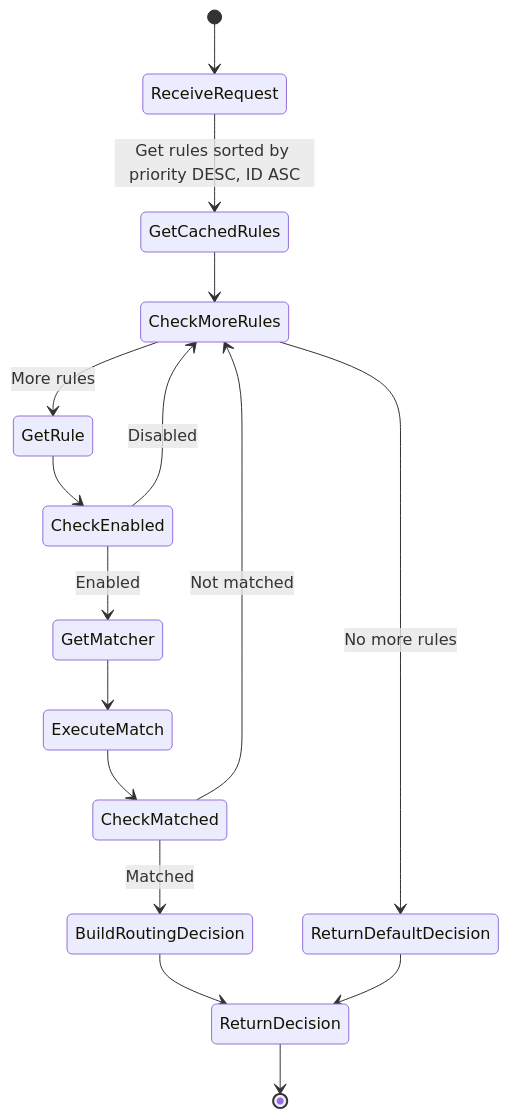
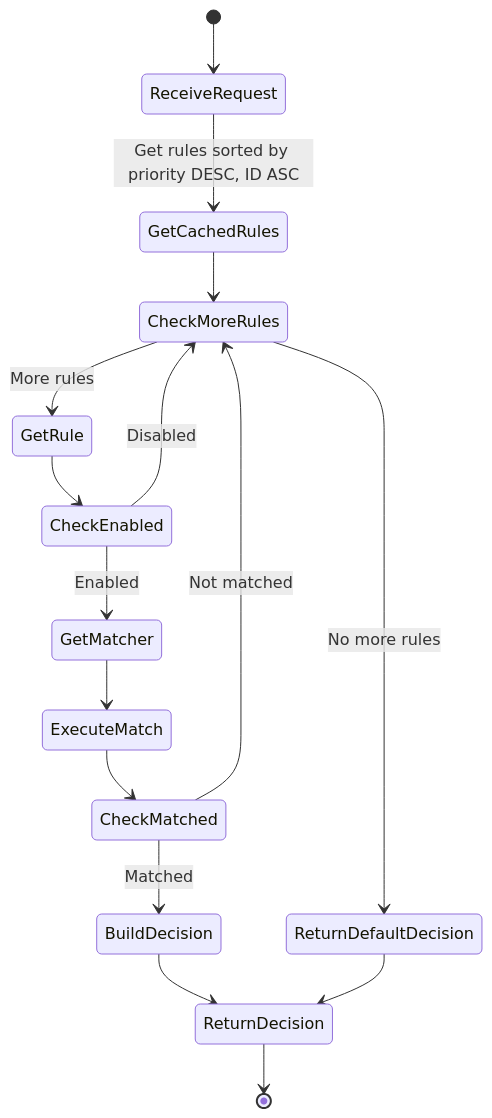
Before and after one commit to twistingmercury/mnemonic-mcp: the eighth of 19 diagrams in docs/design/routing-engine.md, drawn with Mermaid. The commit also changed other lines of this file and 17 other files, not shown here.

````diff
--- a/docs/design/routing-engine.md
+++ b/docs/design/routing-engine.md
@@ -492,27 +523,27 @@
 ```mermaid
 stateDiagram-v2
     [*] --> ReceiveRequest
     ReceiveRequest --> GetCachedRules: Get rules sorted by priority DESC, ID ASC
     GetCachedRules --> CheckMoreRules
 
     state CheckMoreRules <<choice>>
     CheckMoreRules --> GetRule: More rules
     CheckMoreRules --> ReturnDefaultDecision: No more rules
 
     GetRule --> CheckEnabled
 
     state CheckEnabled <<choice>>
     CheckEnabled --> GetMatcher: Enabled
     CheckEnabled --> CheckMoreRules: Disabled
 
     GetMatcher --> ExecuteMatch
     ExecuteMatch --> CheckMatched
 
     state CheckMatched <<choice>>
-    CheckMatched --> BuildRoutingDecision: Matched
+    CheckMatched --> BuildDecision: Matched
     CheckMatched --> CheckMoreRules: Not matched
 
-    BuildRoutingDecision --> ReturnDecision
+    BuildDecision --> ReturnDecision
     ReturnDefaultDecision --> ReturnDecision
     ReturnDecision --> [*]
 ```
````
